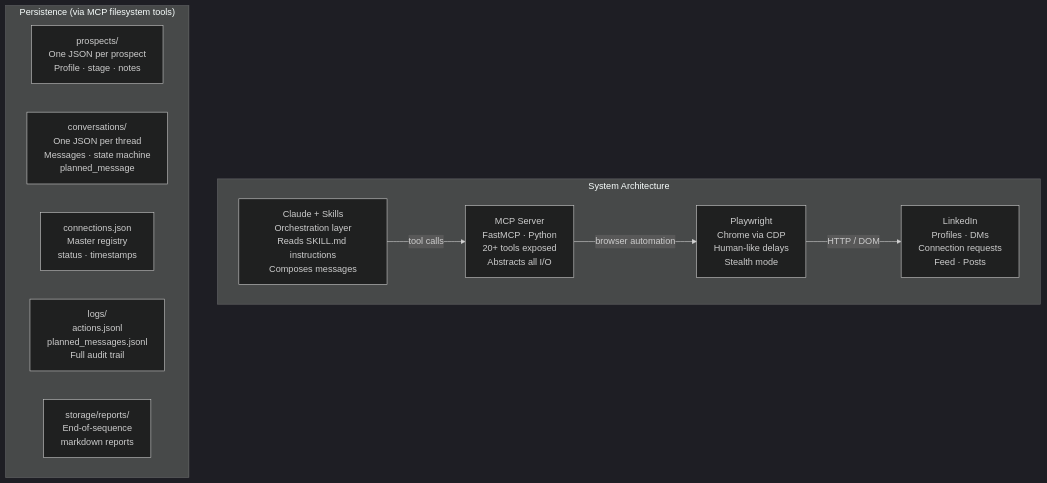
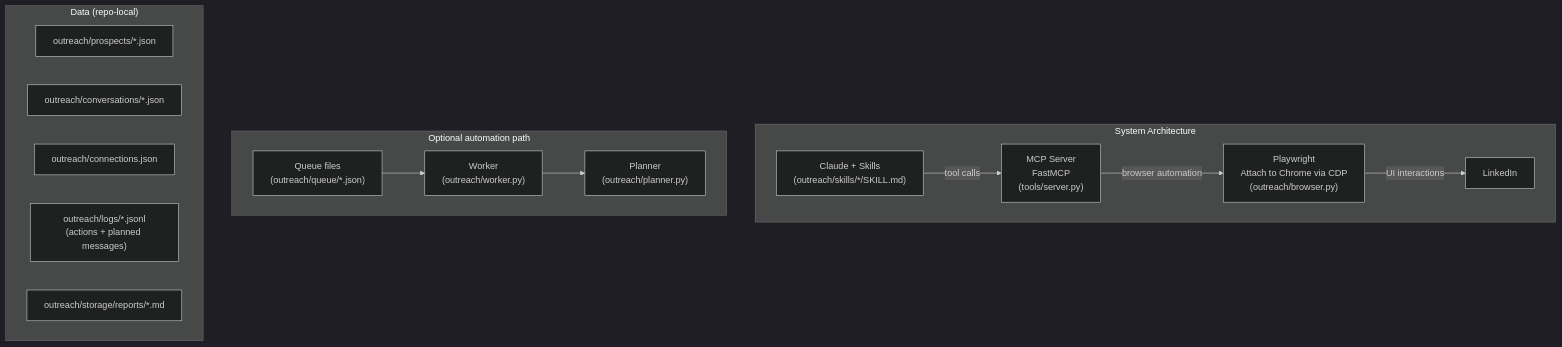
Before and after one commit to embeddingvc/ebase: the first of 2 diagrams in README.md, drawn with Mermaid (dark theme). The commit also changed other lines of this file, not shown here.

````diff
--- a/README.md
+++ b/README.md
@@ -6,34 +29,30 @@
 ```mermaid
-%% LinkedIn Outreach — High-Level Overview
-%% Architecture + 5-step sequence + exit conditions
+flowchart TB
+  subgraph ARCH ["System Architecture"]
+    direction LR
+    L1["Claude + Skills\n(outreach/skills/*/SKILL.md)"]
+    L2["MCP Server\nFastMCP\n(tools/server.py)"]
+    L3["Playwright\nAttach to Chrome via CDP\n(outreach/browser.py)"]
+    L4["LinkedIn"]
+    L1 -->|"tool calls"| L2
+    L2 -->|"browser automation"| L3
+    L3 -->|"UI interactions"| L4
+  end
 
-flowchart TB
+  subgraph WORKER ["Optional automation path"]
+    direction LR
+    W1["Queue files\n(outreach/queue/*.json)"]
+    W2["Worker\n(outreach/worker.py)"]
+    W3["Planner\n(outreach/planner.py)"]
+    W1 --> W2 --> W3
+  end
 
-%% ─────────────────────────────────
-%% ARCHITECTURE LAYERS
-%% ─────────────────────────────────
-
-subgraph ARCH ["System Architecture"]
-  direction LR
-  L1["Claude + Skills\nOrchestration layer\nReads SKILL.md instructions\nComposes messages"]
-  L2["MCP Server\nFastMCP · Python\n20+ tools exposed\nAbstracts all I/O"]
-  L3["Playwright\nChrome via CDP\nHuman-like delays\nStealth mode"]
-  L4["LinkedIn\nProfiles · DMs\nConnection requests\nFeed · Posts"]
-  L1 -- "tool calls" --> L2
-  L2 -- "browser automation" --> L3
-  L3 -- "HTTP / DOM" --> L4
-end
-
-%% ─────────────────────────────────
-%% DATA LAYER
-%% ─────────────────────────────────
-
-subgraph DATA ["Persistence (via MCP filesystem tools)"]
-  direction LR
-  D1["prospects/\nOne JSON per prospect\nProfile · stage · notes"]
-  D2["conversations/\nOne JSON per thread\nMessages · state machine\nplanned_message"]
-  D3["connections.json\nMaster registry\nstatus · timestamps"]
-  D4["logs/\nactions.jsonl\nplanned_messages.jsonl\nFull audit trail"]
-  D5["storage/reports/\nEnd-of-sequence\nmarkdown reports"]
-end
+  subgraph DATA ["Data (repo-local)"]
+    direction LR
+    D1["outreach/prospects/*.json"]
+    D2["outreach/conversations/*.json"]
+    D3["outreach/connections.json"]
+    D4["outreach/logs/*.jsonl\n(actions + planned messages)"]
+    D5["outreach/storage/reports/*.md"]
+  end
 ```
````
